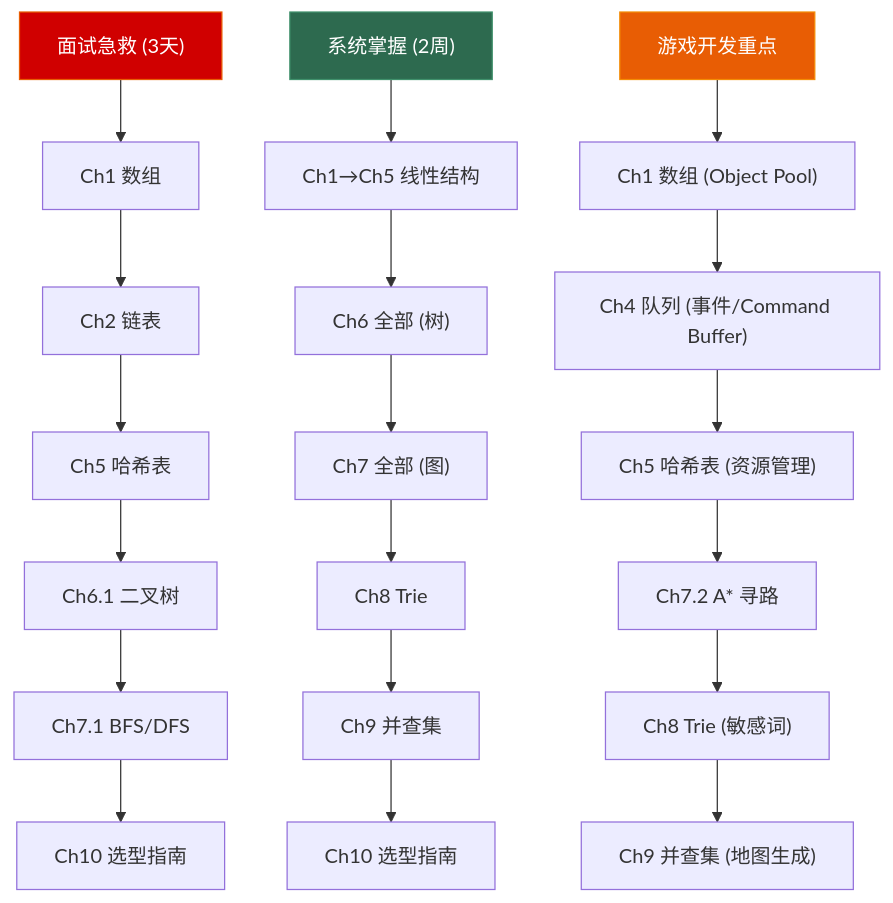
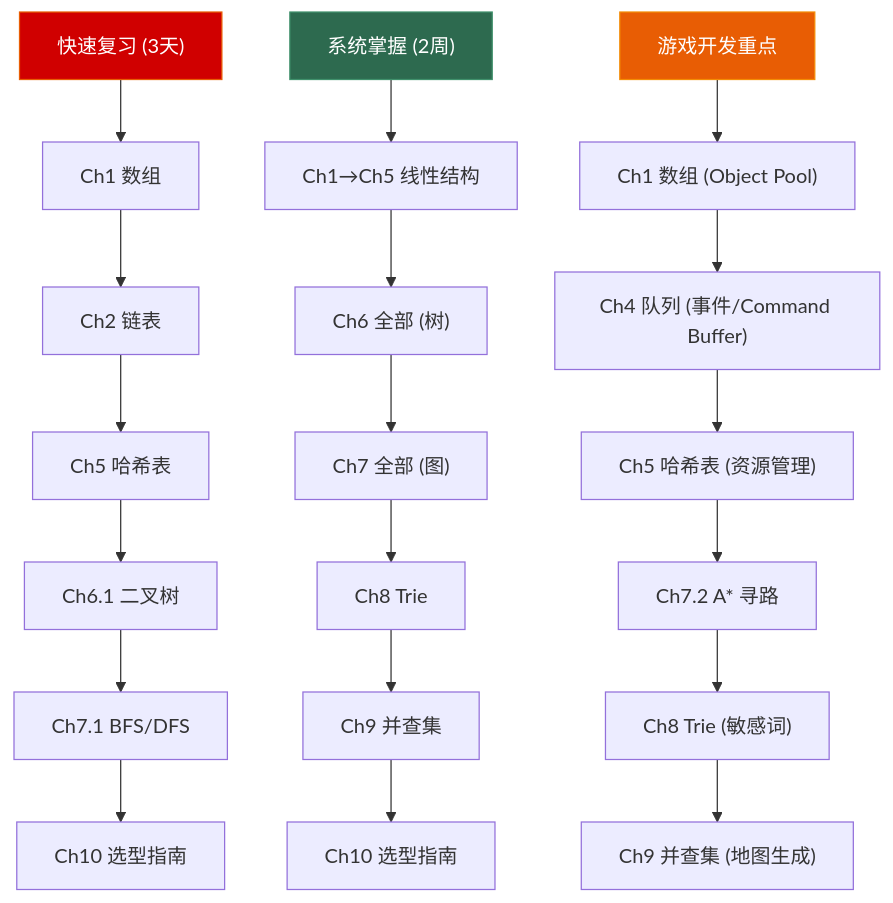
The third of 3 diagrams in src/content/posts/data_structure/10_selection_guide.md (Lumivers/firefly), drawn with Mermaid before and after one commit. The commit also changed other lines of this file and 39 other files, not shown here.

````diff
--- a/src/content/posts/data_structure/10_selection_guide.md
+++ b/src/content/posts/data_structure/10_selection_guide.md
@@ -695,27 +695,27 @@
 ```mermaid
 graph TD
-    A["面试急救 (3天)"] --> B["Ch1 数组"]
+    A["快速复习 (3天)"] --> B["Ch1 数组"]
     B --> C["Ch2 链表"]
     C --> D["Ch5 哈希表"]
     D --> E["Ch6.1 二叉树"]
     E --> F["Ch7.1 BFS/DFS"]
     F --> G["Ch10 选型指南"]
 
     H["系统掌握 (2周)"] --> I["Ch1→Ch5 线性结构"]
     I --> J["Ch6 全部 (树)"]
     J --> K["Ch7 全部 (图)"]
     K --> L["Ch8 Trie"]
     L --> M["Ch9 并查集"]
     M --> N["Ch10 选型指南"]
 
     O["游戏开发重点"] --> P["Ch1 数组 (Object Pool)"]
     P --> Q["Ch4 队列 (事件/Command Buffer)"]
     Q --> R["Ch5 哈希表 (资源管理)"]
     R --> S["Ch7.2 A* 寻路"]
     S --> T["Ch8 Trie (敏感词)"]
     T --> U["Ch9 并查集 (地图生成)"]
 
     style A fill:#d00000,stroke:#e85d04,color:white
     style H fill:#2d6a4f,stroke:#40916c,color:white
     style O fill:#e85d04,stroke:#f48c06,color:white
 ```
````
